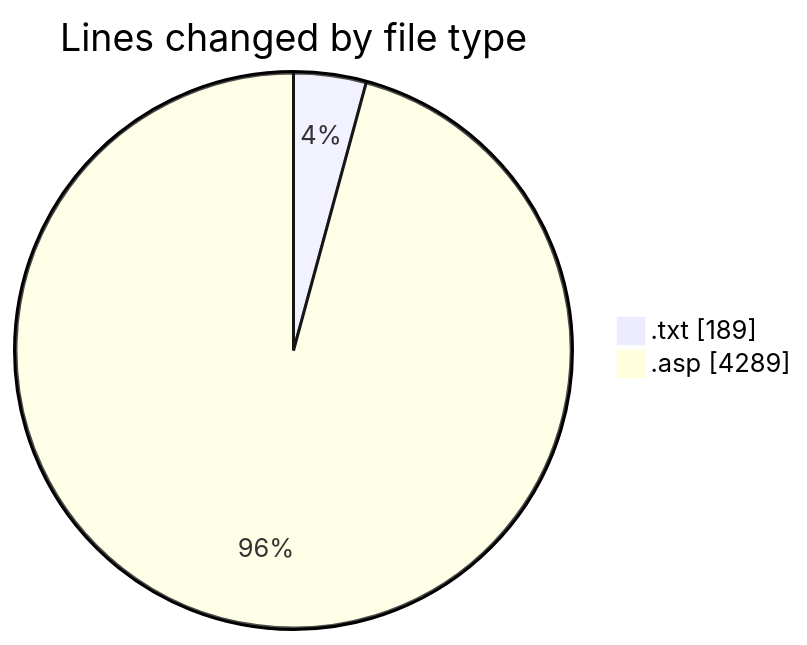
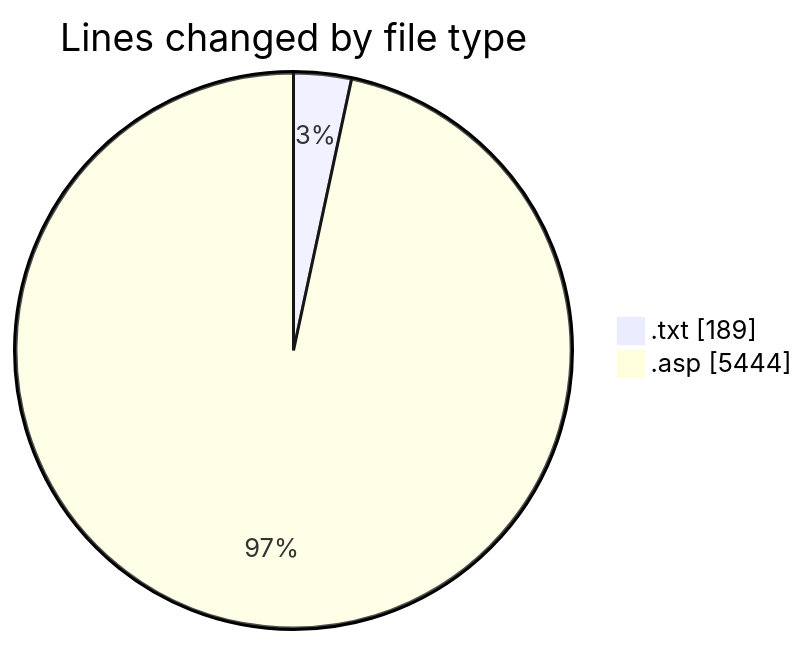
One commit to julien-gomy/code-tracking changed the first of 2 diagrams in 2025-11-07/cdp_aleoudev_fr__workspace_/README.md. Above: the diagram before and after it, drawn with Mermaid. The commit also changed other lines of this file and 1 other file, not shown here.

````diff
--- a/2025-11-07/cdp_aleoudev_fr__workspace_/README.md
+++ b/2025-11-07/cdp_aleoudev_fr__workspace_/README.md
@@ -26,6 +28,6 @@
 ```mermaid
 pie showData
 title Lines changed by file type
 ".txt" : 189
-".asp" : 4289
+".asp" : 5444
 ```
````
